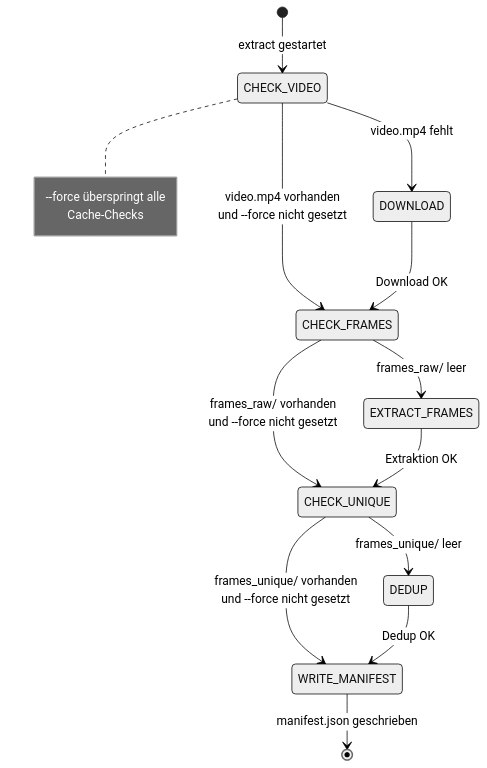
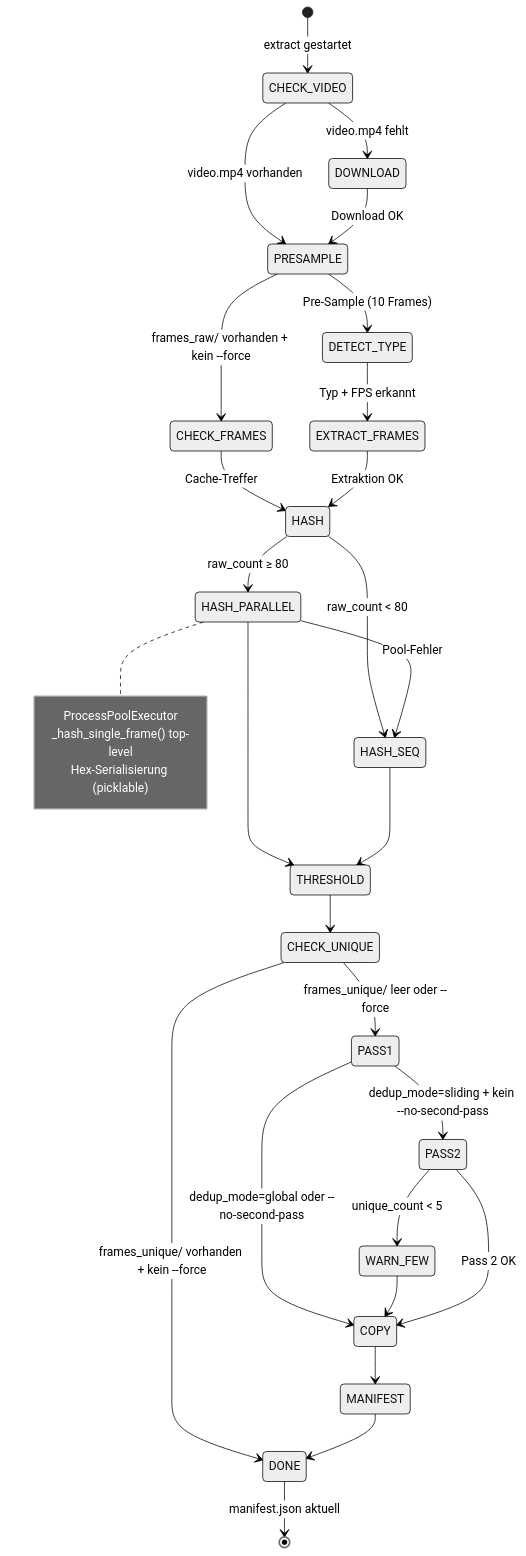
The sixth of 7 diagrams in docs/architecture.md (thomas0369/frame-sift), drawn with Mermaid (neutral theme) before and after one commit. The commit also changed other lines of this file and 14 other files, not shown here.

First line of the commit message:
feat: Pipeline-Implementierung mit Extraktion, Transkription, Ausrichtung und Analyse

````diff
--- a/docs/architecture.md
+++ b/docs/architecture.md
@@ -104,25 +192,43 @@
 ```mermaid
 stateDiagram-v2
     [*] --> CHECK_VIDEO: extract gestartet
 
+    CHECK_VIDEO --> PRESAMPLE: video.mp4 vorhanden
     CHECK_VIDEO --> DOWNLOAD: video.mp4 fehlt
-    CHECK_VIDEO --> CHECK_FRAMES: video.mp4 vorhanden<br/>und --force nicht gesetzt
+    DOWNLOAD --> PRESAMPLE: Download OK
 
-    DOWNLOAD --> CHECK_FRAMES: Download OK
+    PRESAMPLE --> CHECK_FRAMES: frames_raw/ vorhanden + kein --force
+    PRESAMPLE --> DETECT_TYPE: Pre-Sample (10 Frames)
+    DETECT_TYPE --> EXTRACT_FRAMES: Typ + FPS erkannt
+    CHECK_FRAMES --> HASH: Cache-Treffer
 
-    CHECK_FRAMES --> EXTRACT_FRAMES: frames_raw/ leer
-    CHECK_FRAMES --> CHECK_UNIQUE: frames_raw/ vorhanden<br/>und --force nicht gesetzt
+    EXTRACT_FRAMES --> HASH: Extraktion OK
 
-    EXTRACT_FRAMES --> CHECK_UNIQUE: Extraktion OK
+    HASH --> HASH_PARALLEL: raw_count ≥ 80
+    HASH --> HASH_SEQ: raw_count < 80
+    HASH_PARALLEL --> THRESHOLD
+    HASH_SEQ --> THRESHOLD
+    HASH_PARALLEL --> HASH_SEQ: Pool-Fehler
 
-    CHECK_UNIQUE --> DEDUP: frames_unique/ leer
-    CHECK_UNIQUE --> WRITE_MANIFEST: frames_unique/ vorhanden<br/>und --force nicht gesetzt
+    THRESHOLD --> CHECK_UNIQUE
 
-    DEDUP --> WRITE_MANIFEST: Dedup OK
+    CHECK_UNIQUE --> PASS1: frames_unique/ leer oder --force
+    CHECK_UNIQUE --> DONE: frames_unique/ vorhanden + kein --force
 
-    WRITE_MANIFEST --> [*]: manifest.json geschrieben
+    PASS1 --> PASS2: dedup_mode=sliding + kein --no-second-pass
+    PASS1 --> COPY: dedup_mode=global oder --no-second-pass
+    PASS2 --> WARN_FEW: unique_count < 5
+    WARN_FEW --> COPY
+    PASS2 --> COPY: Pass 2 OK
 
-    note right of CHECK_VIDEO
-        --force überspringt alle<br/>Cache-Checks
+    COPY --> MANIFEST
+    MANIFEST --> DONE
+
+    DONE --> [*]: manifest.json aktuell
+
+    note right of HASH_PARALLEL
+        ProcessPoolExecutor
+        _hash_single_frame() top-level
+        Hex-Serialisierung (picklable)
     end note
 ```
````
